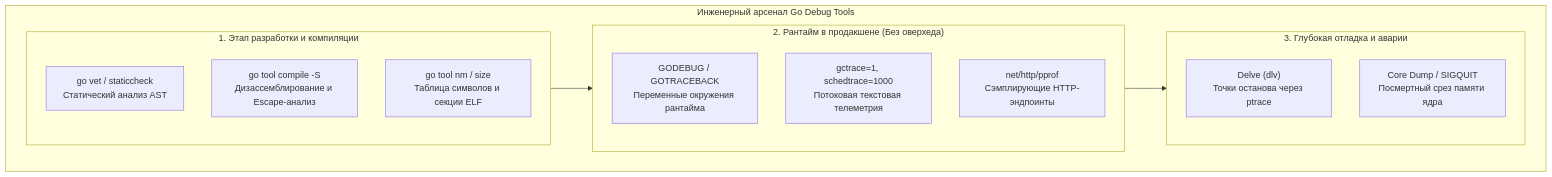
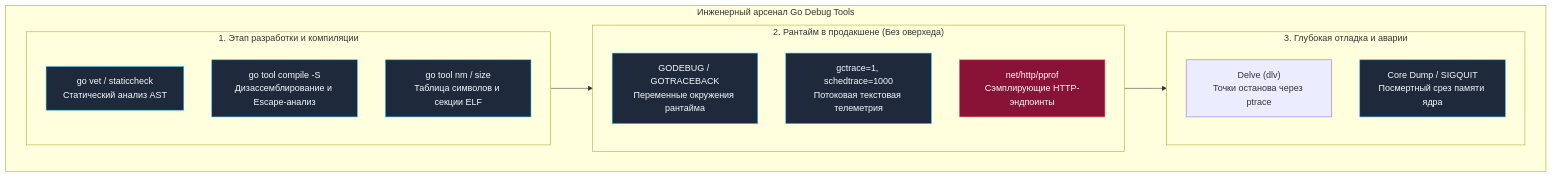
The first of 3 diagrams in sources/16. Профилирование, отладка и производительность/08. Runtime и инструменты/8. debug tools.md (UnrealTemplier/go-textbook), drawn with Mermaid before and after one commit. The commit also changed other lines of this file and 1666 other files, not shown here.

First line of the commit message:
feat(mermaid): add semantic color classDef to 1369 colorless flowchart/graph diagrams

````diff
--- a/sources/16. Профилирование, отладка и производительность/08. Runtime и инструменты/8. debug tools.md
+++ b/sources/16. Профилирование, отладка и производительность/08. Runtime и инструменты/8. debug tools.md
@@ -12,24 +12,34 @@
 ```mermaid
 flowchart TD
+    classDef process  fill:#1e293b,stroke:#38bdf8,stroke-width:1px,color:#f8fafc
+    classDef success  fill:#064e3b,stroke:#34d399,stroke-width:1px,color:#f8fafc
+    classDef error    fill:#7f1d1d,stroke:#f87171,stroke-width:1px,color:#f8fafc
+    classDef warning  fill:#78350f,stroke:#fbbf24,stroke-width:1px,color:#f8fafc
+    classDef entry    fill:#1e3a5f,stroke:#38bdf8,stroke-width:2px,color:#f8fafc
+    classDef aux      fill:#334155,stroke:#64748b,stroke-width:1px,color:#f8fafc
+    classDef system   fill:#312e81,stroke:#a78bfa,stroke-width:1px,color:#f8fafc
+    classDef data     fill:#132d29,stroke:#2dd4bf,stroke-width:1px,color:#f8fafc
+    classDef network  fill:#881337,stroke:#fb7185,stroke-width:1px,color:#f8fafc
+    classDef accent   fill:#1e1b4b,stroke:#818cf8,stroke-width:1px,color:#f8fafc
     subgraph Toolchain ["Инженерный арсенал Go Debug Tools"]
         subgraph StaticStage ["1. Этап разработки и компиляции"]
-            Vet["go vet / staticcheck<br/>Статический анализ AST"]
-            CompS["go tool compile -S<br/>Дизассемблирование и Escape-анализ"]
-            SizeNM["go tool nm / size<br/>Таблица символов и секции ELF"]
+            Vet["go vet / staticcheck<br/>Статический анализ AST"]:::process
+            CompS["go tool compile -S<br/>Дизассемблирование и Escape-анализ"]:::process
+            SizeNM["go tool nm / size<br/>Таблица символов и секции ELF"]:::process
         end
 
         subgraph RuntimeStage ["2. Рантайм в продакшене (Без оверхеда)"]
-            EnvVars["GODEBUG / GOTRACEBACK<br/>Переменные окружения рантайма"]
-            SchedGC["gctrace=1, schedtrace=1000<br/>Потоковая текстовая телеметрия"]
-            PprofEndpoints["net/http/pprof<br/>Сэмплирующие HTTP-эндпоинты"]
+            EnvVars["GODEBUG / GOTRACEBACK<br/>Переменные окружения рантайма"]:::process
+            SchedGC["gctrace=1, schedtrace=1000<br/>Потоковая текстовая телеметрия"]:::process
+            PprofEndpoints["net/http/pprof<br/>Сэмплирующие HTTP-эндпоинты"]:::network
         end
 
         subgraph PostmortemStage ["3. Глубокая отладка и аварии"]
             Delve["Delve (dlv)<br/>Точки останова через ptrace"]
-            CoreDump["Core Dump / SIGQUIT<br/>Посмертный срез памяти ядра"]
+            CoreDump["Core Dump / SIGQUIT<br/>Посмертный срез памяти ядра"]:::process
         end
     end
 
     StaticStage --> RuntimeStage
     RuntimeStage --> PostmortemStage
 ```
````
